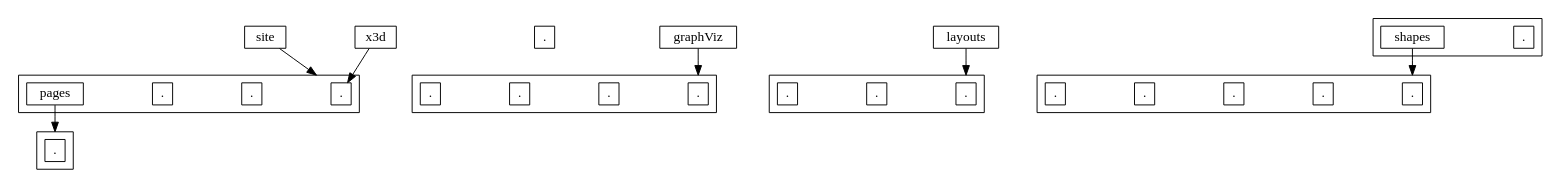
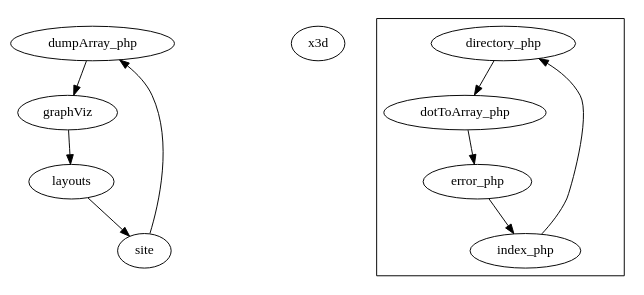
One commit to stefanrinderle/SoftViz3D changed the diagram in x3d/parser.dot. Above: the diagram before and after it, drawn with Graphviz. The commit also changed 5 other files, not shown here.

```diff
--- a/x3d/parser.dot
+++ b/x3d/parser.dot
@@ -1,51 +1,23 @@
 digraph G {
-compound=true; nodesep=1.0;
-node [label="\N", shape=box, width="0.1", height="0.1"];
-_DS_Store [label="."];
-dumpArray_php [label="."];
-graphViz;
-layouts;
-site;
-x3d;
-subgraph cluster_graphViz {
-directory_php [label="."];
-dotToArray_php [label="."];
-error_php [label="."];
-index_php [label="."];
+compound=true; nodesep=1.0; dim=3;
+dumpArray_php [z=20];
+graphViz [z=20];
+layouts [z=20];
+site [z=20];
+x3d [z=20];
+	subgraph cluster_graphViz {
+	directory_php [z=10];
+	dotToArray_php [z=10];
+	error_php [z=10];
+	index_php [z=10];
+	}
+dumpArray_php -> graphViz;
+graphViz -> layouts;
+layouts -> site;
+site -> dumpArray_php;
+	
+directory_php -> dotToArray_php;
+dotToArray_php -> error_php;
+error_php -> index_php;
+index_php -> directory_php;
 }
-subgraph cluster_layouts {
-column1_php [label="."];
-column2_php [label="."];
-main_php [label="."];
-}
-subgraph cluster_pages {
-about_php [label="."];
-}
-subgraph cluster_site {
-_DS_Store [label="."];
-contact_php [label="."];
-error_php [label="."];
-index_php [label="."];
-login_php [label="."];
-pages;
-}
-subgraph cluster_shapes {
-basePlattform_php [label="."];
-box_php [label="."];
-edge_php [label="."];
-edgeEnd_php [label="."];
-edgeSection_php [label="."];
-}
-subgraph cluster_x3d {
-_DS_Store [label="."];
-db_php [label="."];
-index_php [label="."];
-shapes;
-}
-graphViz -> directory_php [lhead=cluster_graphViz]
-layouts -> column1_php [lhead=cluster_layouts]
-pages -> about_php [lhead=cluster_pages]
-site -> _DS_Store [lhead=cluster_site]
-shapes -> basePlattform_php [lhead=cluster_shapes]
-x3d -> _DS_Store [lhead=cluster_x3d]
-}
```
